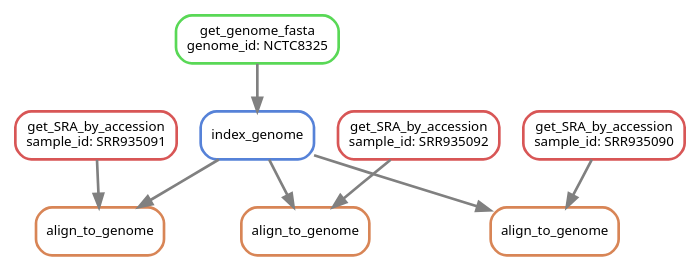
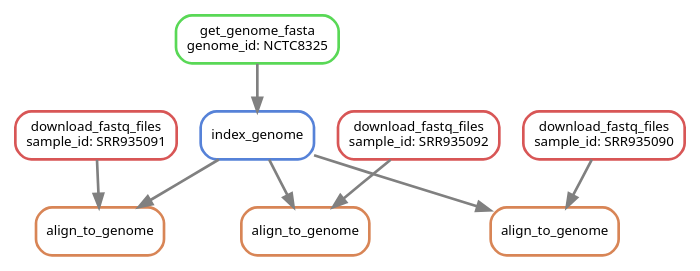
One commit to NBISweden/workshop-reproducible-research changed the third of 11 diagrams in lectures/snakemake/snakemake.qmd. Above: the diagram before and after it, drawn with Graphviz. The commit also changed other lines of this file, not shown here.

Commit message:
Match snakefmt and update get_SRA_by_accession rule

````diff
--- a/lectures/snakemake/snakemake.qmd
+++ b/lectures/snakemake/snakemake.qmd
@@ -51,22 +51,22 @@
 ```{dot}
 digraph snakemake_dag {
     graph[bgcolor=white, margin=0];
     node[shape=box, style=rounded, fontname=sans,                 fontsize=10, penwidth=2];
     edge[penwidth=2, color=grey];
         0[label = "align_to_genome", color = "0.06 0.6 0.85", style="rounded"];
-        1[label = "get_SRA_by_accession\nsample_id: SRR935091", color = "0.00 0.6 0.85", style="rounded"];
+        1[label = "download_fastq_files\nsample_id: SRR935091", color = "0.00 0.6 0.85", style="rounded"];
         2[label = "index_genome", color = "0.61 0.6 0.85", style="rounded"];
         3[label = "get_genome_fasta\ngenome_id: NCTC8325", color = "0.33 0.6 0.85", style="rounded"];
         4[label = "align_to_genome", color = "0.06 0.6 0.85", style="rounded"];
-        5[label = "get_SRA_by_accession\nsample_id: SRR935092", color = "0.00 0.6 0.85", style="rounded"];
+        5[label = "download_fastq_files\nsample_id: SRR935092", color = "0.00 0.6 0.85", style="rounded"];
         6[label = "align_to_genome", color = "0.06 0.6 0.85", style="rounded"];
-        7[label = "get_SRA_by_accession\nsample_id: SRR935090", color = "0.00 0.6 0.85", style="rounded"];
+        7[label = "download_fastq_files\nsample_id: SRR935090", color = "0.00 0.6 0.85", style="rounded"];
         1 -> 0
         2 -> 0
         3 -> 2
         5 -> 4
         2 -> 4
         7 -> 6
         2 -> 6
 }
 ```
````
